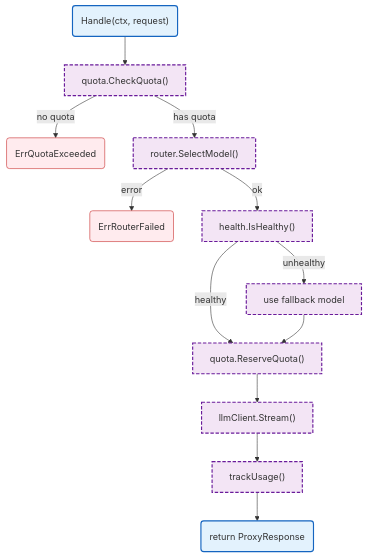
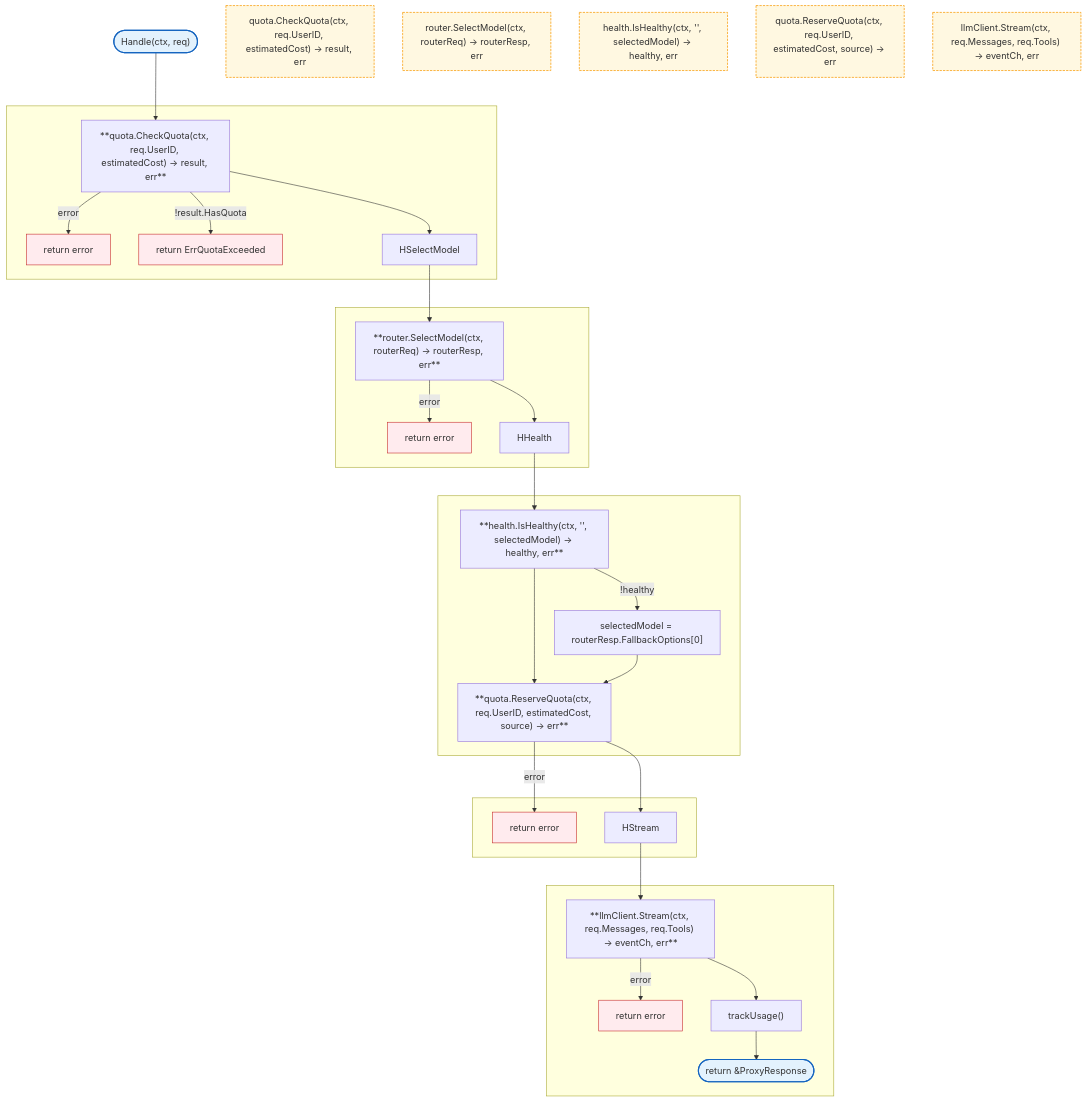
Before and after one commit to radch-ai/ava: the diagram in docs/internal/llm-proxy/README.md, drawn with Mermaid. The commit also changed 24 other files, not shown here.

````diff
--- a/docs/internal/llm-proxy/README.md
+++ b/docs/internal/llm-proxy/README.md
@@ -7,28 +7,64 @@
 ```mermaid
 flowchart TB
-    Start("Handle(ctx, request)") --> CheckQuota["quota.CheckQuota()"]
-    CheckQuota -->|no quota| ErrQuota("ErrQuotaExceeded")
-    CheckQuota -->|has quota| Router["router.SelectModel()"]
-    Router -->|error| ErrRouter("ErrRouterFailed")
-    Router -->|ok| Health["health.IsHealthy()"]
-    Health -->|unhealthy| Fallback["use fallback model"]
-    Health -->|healthy| Reserve["quota.ReserveQuota()"]
-    Fallback --> Reserve
-    Reserve --> LLM["llmClient.Stream()"]
-    LLM --> Track["trackUsage()"]
-    Track --> Response("return ProxyResponse")
+    Start(["Handle(ctx, req)"]) --> HCheckQuota
+
+    subgraph SGCheckQuota [" "]
+        HCheckQuota["**quota.CheckQuota(ctx, req.UserID, estimatedCost) → result, err**"]
+        HCheckQuota -->|error| E1["return error"]
+        HCheckQuota -->|!result.HasQuota| E2["return ErrQuotaExceeded"]
+        HCheckQuota --> HSelectModel
+    end
+
+    HSelectModel --> HRouter
+
+    subgraph SGRouter [" "]
+        HRouter["**router.SelectModel(ctx, routerReq) → routerResp, err**"]
+        HRouter -->|error| E3["return error"]
+        HRouter --> HHealth
+    end
+
+    HHealth --> HIsHealthy
+
+    subgraph SGHealth [" "]
+        HIsHealthy["**health.IsHealthy(ctx, '', selectedModel) → healthy, err**"]
+        HIsHealthy -->|!healthy| Fallback["selectedModel = routerResp.FallbackOptions[0]"]
+        HIsHealthy --> HReserve
+    end
+
+    Fallback --> HReserve
+
+    subgraph SGReserve [" "]
+        HReserve["**quota.ReserveQuota(ctx, req.UserID, estimatedCost, source) → err**"]
+        HReserve -->|error| E4["return error"]
+        HReserve --> HStream
+    end
+
+    HStream --> HLLMStream
+
+    subgraph SGLLM [" "]
+        HLLMStream["**llmClient.Stream(ctx, req.Messages, req.Tools) → eventCh, err**"]
+        HLLMStream -->|error| E5["return error"]
+        HLLMStream --> Track["trackUsage()"]
+        Track --> Done(["return &ProxyResponse"])
+    end
+
+    CheckQuota["quota.CheckQuota(ctx, req.UserID, estimatedCost) → result, err"]
+    SelectModel["router.SelectModel(ctx, routerReq) → routerResp, err"]
+    IsHealthy["health.IsHealthy(ctx, '', selectedModel) → healthy, err"]
+    ReserveQuota["quota.ReserveQuota(ctx, req.UserID, estimatedCost, source) → err"]
+    Stream["llmClient.Stream(ctx, req.Messages, req.Tools) → eventCh, err"]
 
     click CheckQuota href "quota.md"
-    click Router href "router.md"
-    click Health href "health.md"
-    click LLM href "../llm.md"
+    click SelectModel href "router.md"
+    click IsHealthy href "health.md"
+    click ReserveQuota href "quota.md"
+    click Stream href "../llm.md"
 
     classDef mainFn fill:#e3f2fd,stroke:#1565c0,stroke-width:2px
-    classDef internalFn fill:#f3e5f5,stroke:#6a1b9a,stroke-width:2px,stroke-dasharray:6 3
     classDef localPkgs fill:#fff8e1,stroke:#f9a825,stroke-width:1.5px,stroke-dasharray:4 2
     classDef errorFlow fill:#ffebee,stroke:#c62828,stroke-width:1px
 
-    class Start,Response mainFn
-    class CheckQuota,Router,Health,Fallback,Reserve,LLM,Track internalFn
-    class ErrQuota,ErrRouter errorFlow
+    class Start,Done mainFn
+    class CheckQuota,SelectModel,IsHealthy,ReserveQuota,Stream localPkgs
+    class E1,E2,E3,E4,E5 errorFlow
 ```
````
